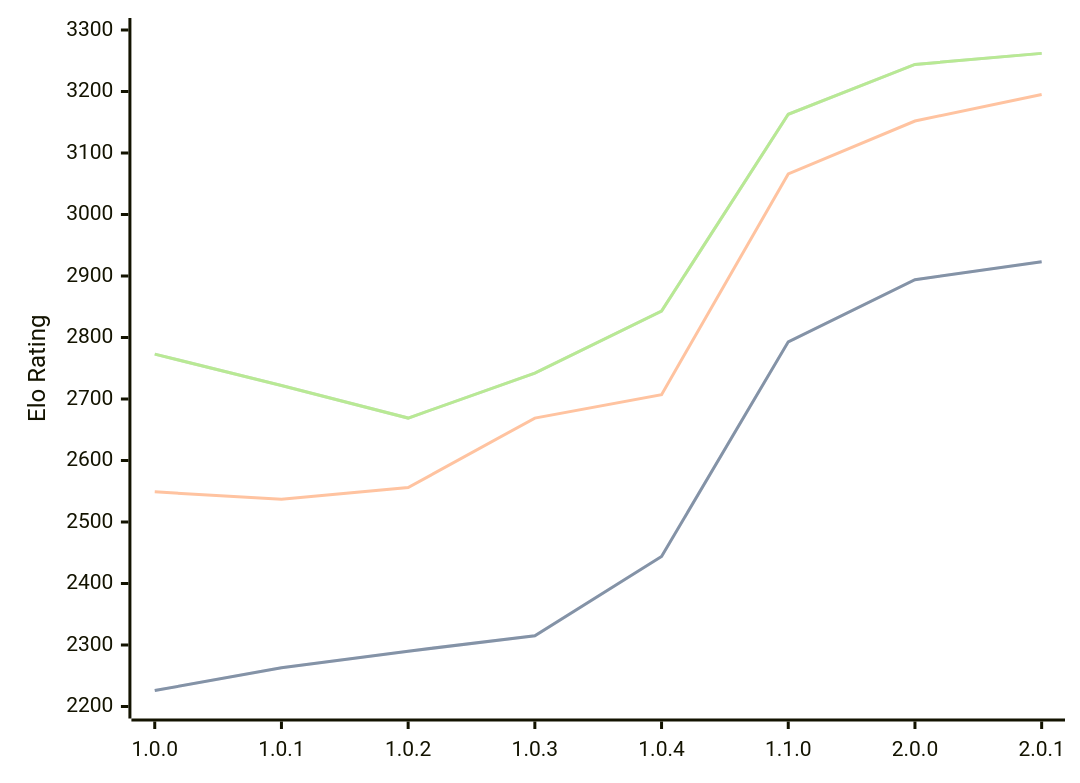
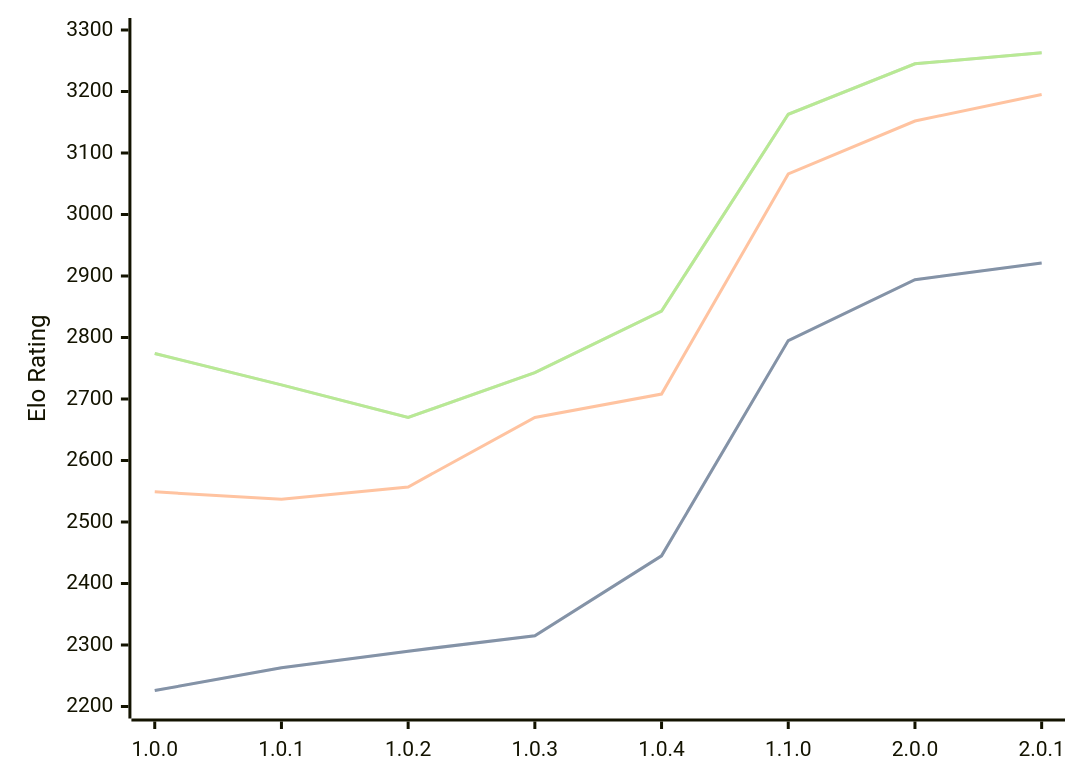
One commit to computer-chess-index/cci changed the first of 3 diagrams in engines/Grail.md. Above: the diagram before and after it, drawn with Mermaid. The commit also changed other lines of this file, not shown here.

Commit message:
Update CCI Ratings (ELO VLTC) - 2026-06-22

````diff
--- a/engines/Grail.md
+++ b/engines/Grail.md
@@ -38,11 +38,11 @@
 ```mermaid
 %%{init: {"theme":"base","themeVariables":{"seriesColors:['#a3a3a3','#222221','#faa371']}}}%%
 xychart-beta
   x-axis ["1.0.0", "1.0.1", "1.0.2", "1.0.3", "1.0.4", "1.1.0", "2.0.0", "2.0.1"]
   y-axis "Elo Rating" 2200 --> 3300
-  line "STC (8.0+0.08s)" [2226, 2263, 2290, 2315, 2444, 2793, 2894, 2923]
-  line "STC (8.0+0.08s)" [2226, 2263, 2290, 2315, 2444, 2793, 2894, 2923]
-  line "LTC (60.0+0.60s)" [2549, 2537, 2556, 2669, 2707, 3066, 3152, 3195]
-  line "VLTC (2m24s+1.12s)" [2773, 2722, 2669, 2742, 2843, 3163, 3244, 3262]
-  line "VLTC (2m24s+1.12s)" [2773, 2722, 2669, 2742, 2843, 3163, 3244, 3262]
+  line "STC (8.0+0.08s)" [2226, 2263, 2290, 2315, 2445, 2795, 2894, 2921]
+  line "STC (8.0+0.08s)" [2226, 2263, 2290, 2315, 2445, 2795, 2894, 2921]
+  line "LTC (60.0+0.60s)" [2549, 2537, 2557, 2670, 2708, 3066, 3152, 3195]
+  line "VLTC (2m24s+1.12s)" [2774, 2723, 2670, 2743, 2843, 3163, 3245, 3263]
+  line "VLTC (2m24s+1.12s)" [2774, 2723, 2670, 2743, 2843, 3163, 3245, 3263]
 ```
````
